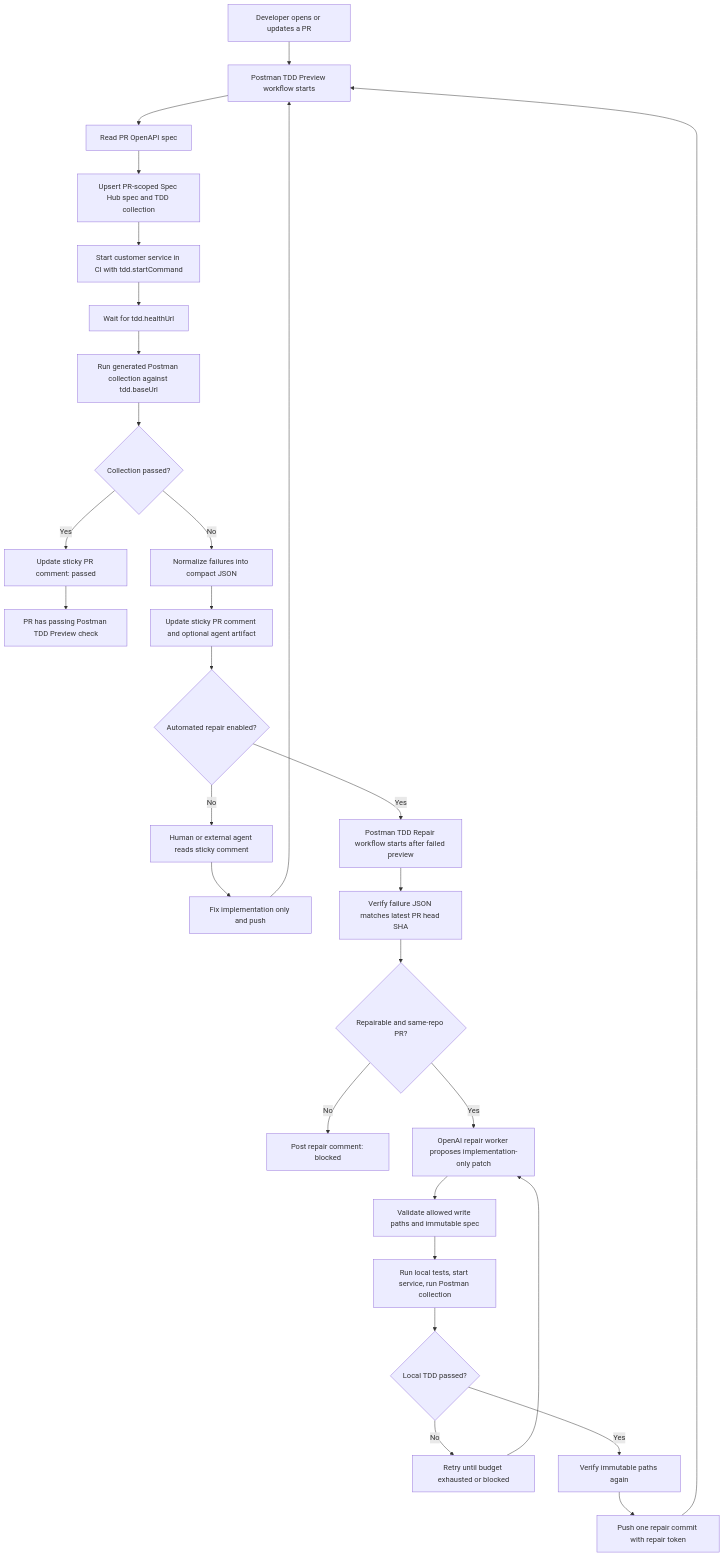
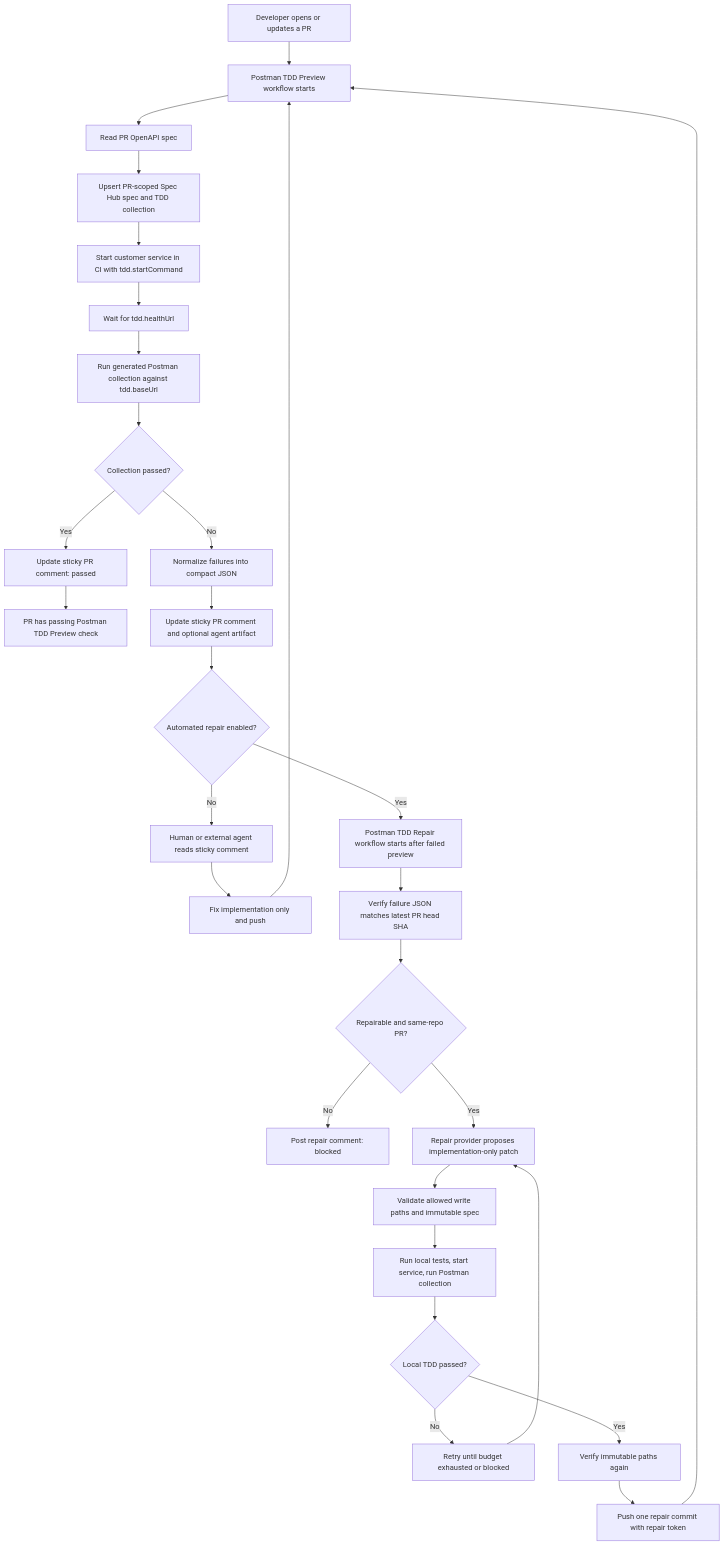
One commit to postman-cs/postman-onboarding-tdd changed the diagram in README.md. Above: the diagram before and after it, drawn with Mermaid. The commit also changed other lines of this file and 15 other files, not shown here.

Commit message:
Add Anthropic repair provider

````diff
--- a/README.md
+++ b/README.md
@@ -17,35 +17,35 @@
 ```mermaid
 flowchart TD
   A["Developer opens or updates a PR"] --> B["Postman TDD Preview workflow starts"]
   B --> C["Read PR OpenAPI spec"]
   C --> D["Upsert PR-scoped Spec Hub spec and TDD collection"]
   D --> E["Start customer service in CI with tdd.startCommand"]
   E --> F["Wait for tdd.healthUrl"]
   F --> G["Run generated Postman collection against tdd.baseUrl"]
   G --> H{"Collection passed?"}
 
   H -- "Yes" --> I["Update sticky PR comment: passed"]
   I --> J["PR has passing Postman TDD Preview check"]
 
   H -- "No" --> K["Normalize failures into compact JSON"]
   K --> L["Update sticky PR comment and optional agent artifact"]
   L --> M{"Automated repair enabled?"}
 
   M -- "No" --> N["Human or external agent reads sticky comment"]
   N --> O["Fix implementation only and push"]
   O --> B
 
   M -- "Yes" --> P["Postman TDD Repair workflow starts after failed preview"]
   P --> Q["Verify failure JSON matches latest PR head SHA"]
   Q --> R{"Repairable and same-repo PR?"}
   R -- "No" --> S["Post repair comment: blocked"]
-  R -- "Yes" --> T["OpenAI repair worker proposes implementation-only patch"]
+  R -- "Yes" --> T["Repair provider proposes implementation-only patch"]
   T --> U["Validate allowed write paths and immutable spec"]
   U --> V["Run local tests, start service, run Postman collection"]
   V --> W{"Local TDD passed?"}
   W -- "No" --> X["Retry until budget exhausted or blocked"]
   X --> T
   W -- "Yes" --> Y["Verify immutable paths again"]
   Y --> Z["Push one repair commit with repair token"]
   Z --> B
 ```
````
